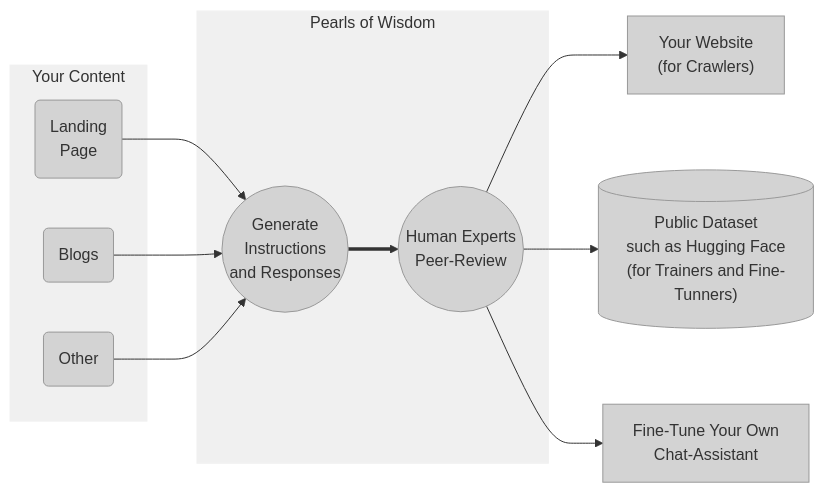
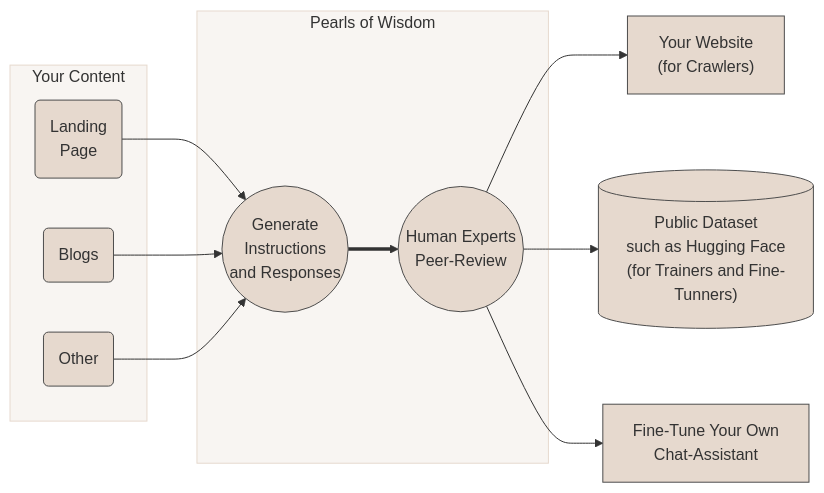
The diagram in diagrams/userflow.mmd (kirilligum/prls.co), drawn with Mermaid before and after one commit.

Commit message:
aider: Updated user flow diagram colors to match landing page theme
# Aider chat conversation:

USER: make the colors in `diagrams/userflow.mmd` the same as in the landing page `index.html` `style.css`

ASSISTANT: ```diff
--- diagrams/userflow.mmd
+++ diagrams/userflow.mmd
@@ ... @@
-  style yc fill:#f0f0f0,stroke:#f0f0f0
-  style pow fill:#f0f0f0,stroke:#f0f0f0
-  style lp fill:#d3d3d3,stroke:#999
-  style b fill:#d3d3d3,stroke:#999
-  style other fill:#d3d3d3,stroke:#999
-  style g fill:#d3d3d3,stroke:#999
-  style h fill:#d3d3d3,stroke:#999
-  style page fill:#d3d3d3,stroke:#999
-  style pubhf fill:#d3d3d3,stroke:#999
-  style cllm fill:#d3d3d3,stroke:#999
+  style yc fill:#f8f5f2,stroke:#e6d9ce
+  style pow fill:#f8f5f2,stroke:#e6d9ce
+  style lp fill:#e6d9ce,stroke:#4d4d4d
+  style b fill:#e6d9ce,stroke:#4d4d4d
+  style other fill:#e6d9ce,stroke:#4d4d4d
+  style g fill:#e6d9ce,stroke:#4d4d4d
+  style h fill:#e6d9ce,stroke:#4d4d4d
+  style page fill:#e6d9ce,stroke:#4d4d4d
+  style pubhf fill:#e6d9ce,stroke:#4d4d4d
+  style cllm fill:#e6d9ce,stroke:#4d4d4d
```

```diff
--- a/diagrams/userflow.mmd
+++ b/diagrams/userflow.mmd
@@ -1,30 +1,30 @@
 graph LR
-  style yc fill:#f0f0f0,stroke:#f0f0f0
-  style pow fill:#f0f0f0,stroke:#f0f0f0
-  style lp fill:#d3d3d3,stroke:#999
-  style b fill:#d3d3d3,stroke:#999
-  style other fill:#d3d3d3,stroke:#999
-  style g fill:#d3d3d3,stroke:#999
-  style h fill:#d3d3d3,stroke:#999
-  style page fill:#d3d3d3,stroke:#999
-  style pubhf fill:#d3d3d3,stroke:#999
-  style cllm fill:#d3d3d3,stroke:#999
+  style yc fill:#f8f5f2,stroke:#e6d9ce
+  style pow fill:#f8f5f2,stroke:#e6d9ce
+  style lp fill:#e6d9ce,stroke:#4d4d4d
+  style b fill:#e6d9ce,stroke:#4d4d4d
+  style other fill:#e6d9ce,stroke:#4d4d4d
+  style g fill:#e6d9ce,stroke:#4d4d4d
+  style h fill:#e6d9ce,stroke:#4d4d4d
+  style page fill:#e6d9ce,stroke:#4d4d4d
+  style pubhf fill:#e6d9ce,stroke:#4d4d4d
+  style cllm fill:#e6d9ce,stroke:#4d4d4d
 subgraph yc[Your Content]
   lp("Landing<br/>Page")
   b(Blogs)
   other(Other)
 end
 subgraph pow[Pearls of Wisdom]
   g(("Generate<br/>Instructions<br/>and Responses"))
   h(("Human Experts<br/>Peer-Review"))
 end
 page["Your Website<br/>(for Crawlers)"]
 pubhf[("Public Dataset<br/>such as Hugging Face<br/>(for Trainers and Fine-Tunners)")]
 cllm["Fine-Tune Your Own<br/>Chat-Assistant"]
 lp-->g
 b-->g
 other-->g
 g==>h
 h-->page
 h-->pubhf
 h-->cllm
```
